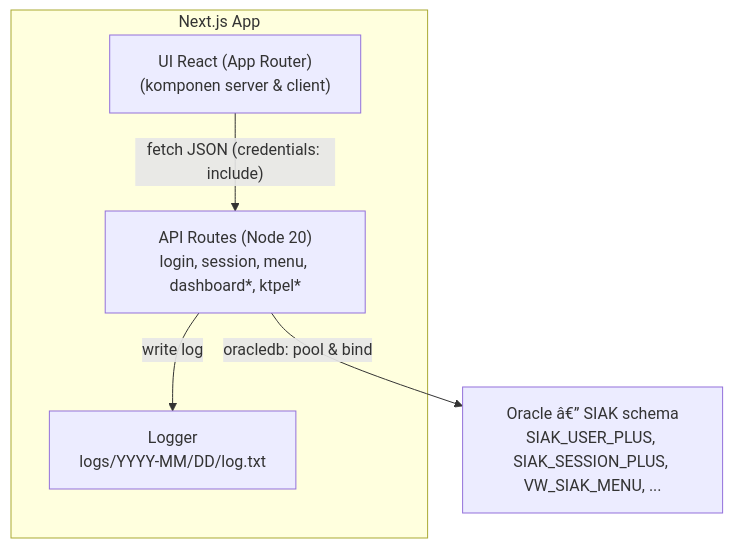
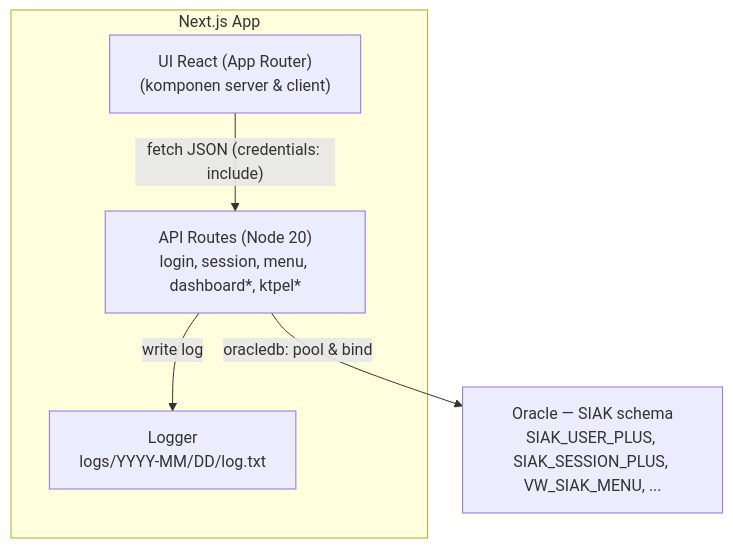
Before and after one commit to dianyanzen/Monitoring-Next: the second of 5 diagrams in README.md, drawn with Mermaid. The commit also changed other lines of this file, not shown here.

````diff
--- a/README.md
+++ b/README.md
@@ -442,18 +442,18 @@
 ```mermaid
 flowchart TB
   %% ===== App Boundary =====
   subgraph nextjs["Next.js App"]
     ui["UI React (App Router)<br/>(komponen server & client)"]
     api["API Routes (Node 20)<br/>login, session, menu, dashboard*, ktpel*"]
     log["Logger<br/>logs/YYYY-MM/DD/log.txt"]
   end
 
   %% ===== External DB =====
-  db["Oracle â€” SIAK schema<br/>SIAK_USER_PLUS, SIAK_SESSION_PLUS, VW_SIAK_MENU, ..."]
+  db["Oracle — SIAK schema<br/>SIAK_USER_PLUS, SIAK_SESSION_PLUS, VW_SIAK_MENU, ..."]
 
   %% ===== Relations =====
   ui -->|"fetch JSON (credentials: include)"| api
   api -->|"oracledb: pool & bind"| db
   api -->|"write log"| log
 
 ```
````
